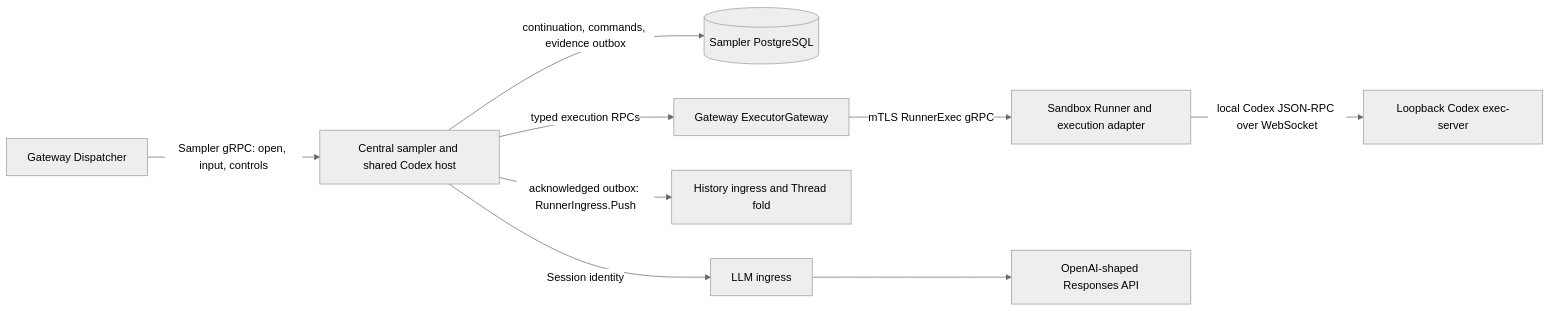
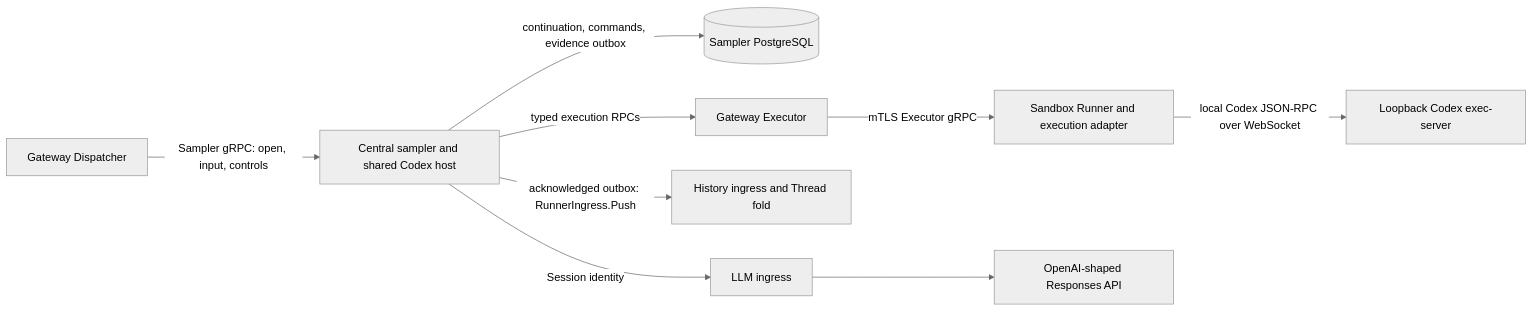
The second of 8 diagrams in agentplane/docs/system_overview.md (agentydragon/ducktape), drawn with Mermaid (neutral theme) before and after one commit. The commit also changed other lines of this file and 47 other files, not shown here.

````diff
--- a/agentplane/docs/system_overview.md
+++ b/agentplane/docs/system_overview.md
@@ -34,19 +34,19 @@
 ```mermaid
 flowchart LR
     dispatcher[Gateway Dispatcher]
     sampler[Central sampler and shared Codex host]
     db[(Sampler PostgreSQL)]
-    gateway[Gateway ExecutorGateway]
+    gateway[Gateway Executor]
     runner[Sandbox Runner and execution adapter]
     executor[Loopback Codex exec-server]
     history[History ingress and Thread fold]
     llm[LLM ingress]
     provider[OpenAI-shaped Responses API]
     dispatcher -->|Sampler gRPC: open, input, controls| sampler
     sampler -->|continuation, commands, evidence outbox| db
     sampler -->|typed execution RPCs| gateway
-    gateway -->|mTLS RunnerExec gRPC| runner
+    gateway -->|mTLS Executor gRPC| runner
     runner -->|local Codex JSON-RPC over WebSocket| executor
     sampler -->|acknowledged outbox: RunnerIngress.Push| history
     sampler -->|Session identity| llm --> provider
 ```
````
